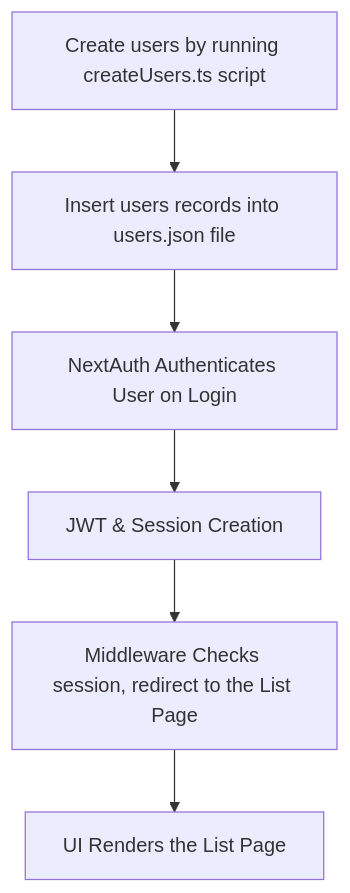
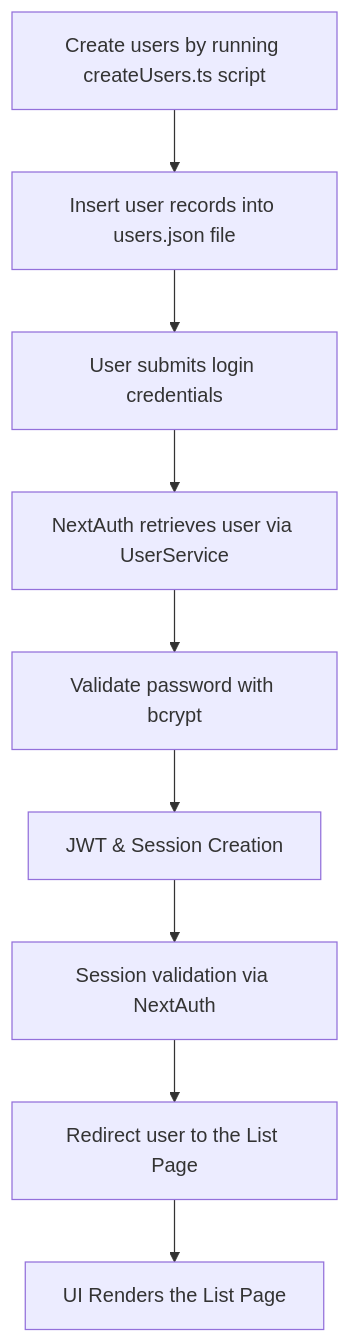
The first of 2 diagrams in Docs/Process Flow - Next.js Authentication.md (xmione/sunvoy), drawn with Mermaid before and after one commit. The commit also changed other lines of this file, not shown here.

Commit message:
Removed middleware from the Summary Flow Diagram.

````diff
--- a/Docs/Process Flow - Next.js Authentication.md
+++ b/Docs/Process Flow - Next.js Authentication.md
@@ -32,10 +32,13 @@
 ```mermaid
 flowchart TD
     A[Create users by running createUsers.ts script]
-    A --> B[Insert users records into users.json file]
-    B --> C[NextAuth Authenticates User on Login]
-    C --> D[JWT & Session Creation ]
-    D --> E[Middleware Checks session, redirect to the List Page]
-    E --> F[UI Renders the List Page]
+    A --> B[Insert user records into users.json file]
+    B --> C[User submits login credentials]
+    C --> D[NextAuth retrieves user via UserService]
+    D --> E[Validate password with bcrypt]
+    E --> F[JWT & Session Creation]
+    F --> G[Session validation via NextAuth]
+    G --> H[Redirect user to the List Page]
+    H --> I[UI Renders the List Page]
 
 ```
````
